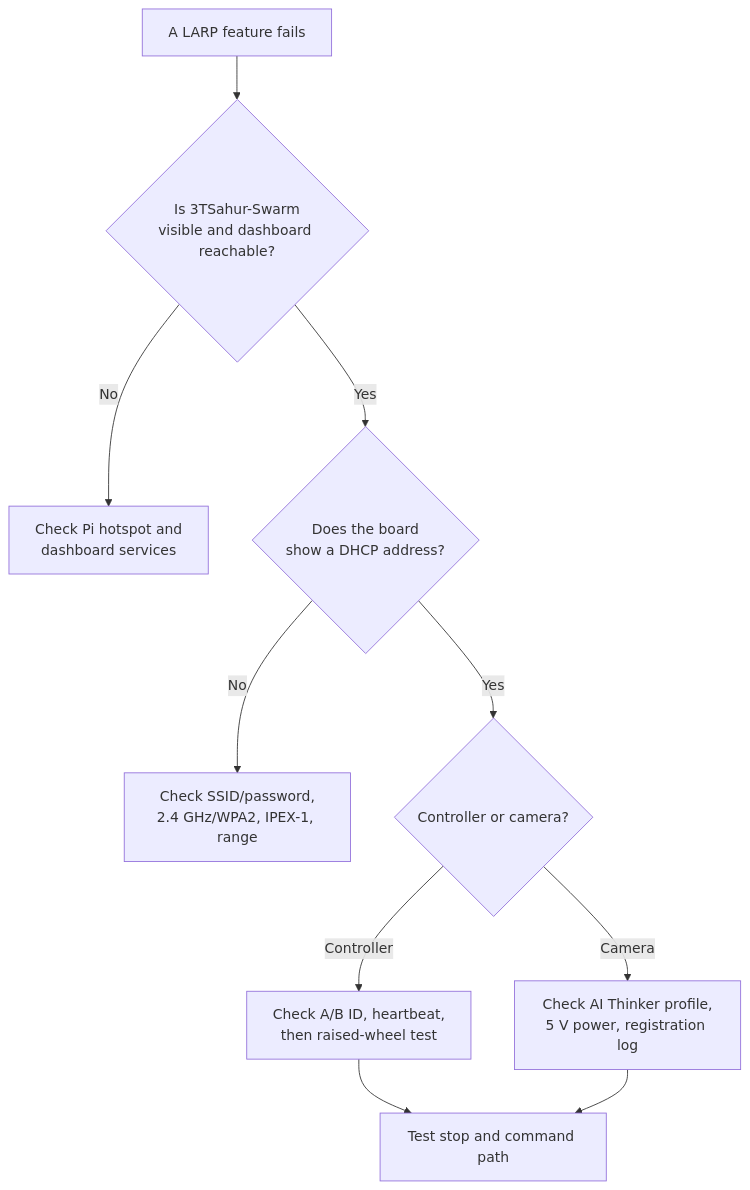
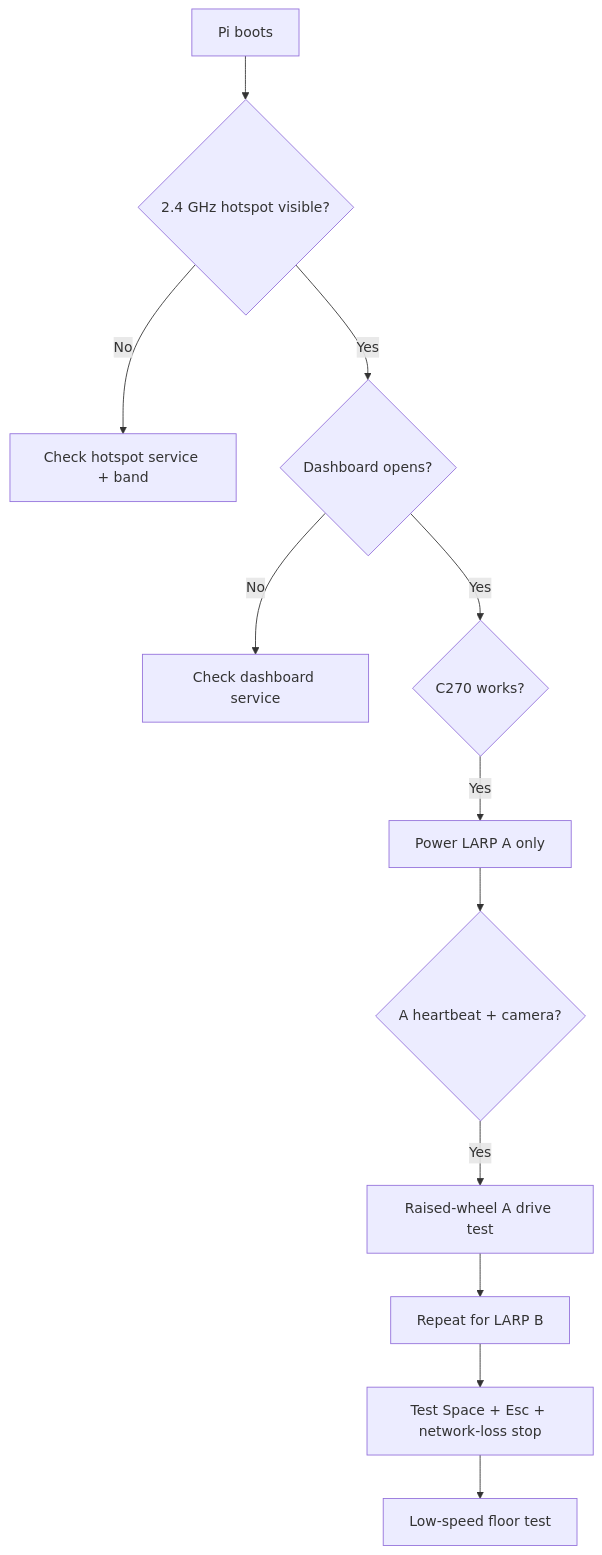
The ninth of 9 diagrams in README.md (william-thompsonthe1st/STEM-Research-Academy), drawn with Mermaid before and after one commit. The commit also changed other lines of this file, not shown here.

````diff
--- a/README.md
+++ b/README.md
@@ -717,12 +329,14 @@
 ```mermaid
 flowchart TD
-    Start["A LARP feature fails"] --> Hotspot{"Is 3TSahur-Swarm\nvisible and dashboard reachable?"}
-    Hotspot -- No --> Pi["Check Pi hotspot and\ndashboard services"]
-    Hotspot -- Yes --> Board{"Does the board\nshow a DHCP address?"}
-    Board -- No --> WiFi["Check SSID/password,\n2.4 GHz/WPA2, IPEX-1, range"]
-    Board -- Yes --> Role{"Controller or camera?"}
-    Role -- Controller --> Drive["Check A/B ID, heartbeat,\nthen raised-wheel test"]
-    Role -- Camera --> Video["Check AI Thinker profile,\n5 V power, registration log"]
-    Drive --> Result["Test stop and command path"]
-    Video --> Result
+    P["Pi boots"] --> H{"2.4 GHz hotspot visible?"}
+    H -- No --> HS["Check hotspot service + band"]
+    H -- Yes --> D{"Dashboard opens?"}
+    D -- No --> DS["Check dashboard service"]
+    D -- Yes --> C{"C270 works?"}
+    C -- Yes --> A["Power LARP A only"]
+    A --> AH{"A heartbeat + camera?"}
+    AH -- Yes --> AT["Raised-wheel A drive test"]
+    AT --> B["Repeat for LARP B"]
+    B --> ALL["Test Space + Esc + network-loss stop"]
+    ALL --> FLOOR["Low-speed floor test"]
 ```
````
